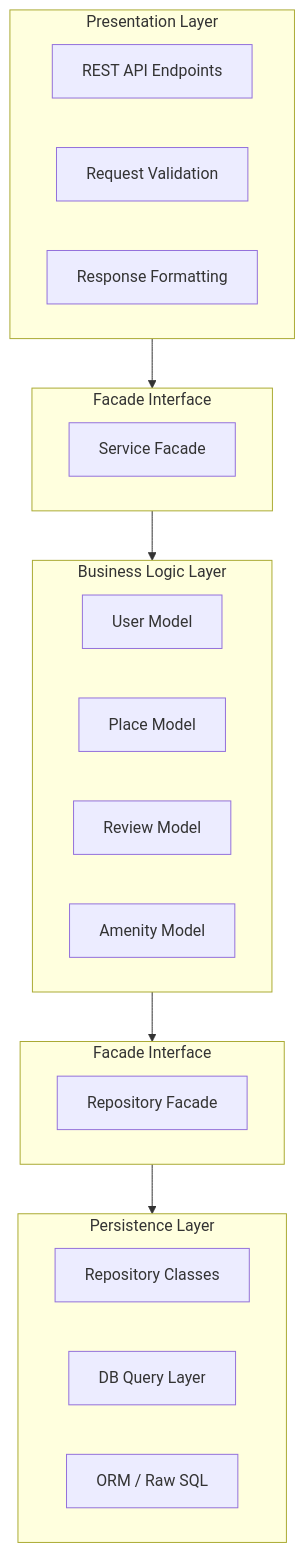
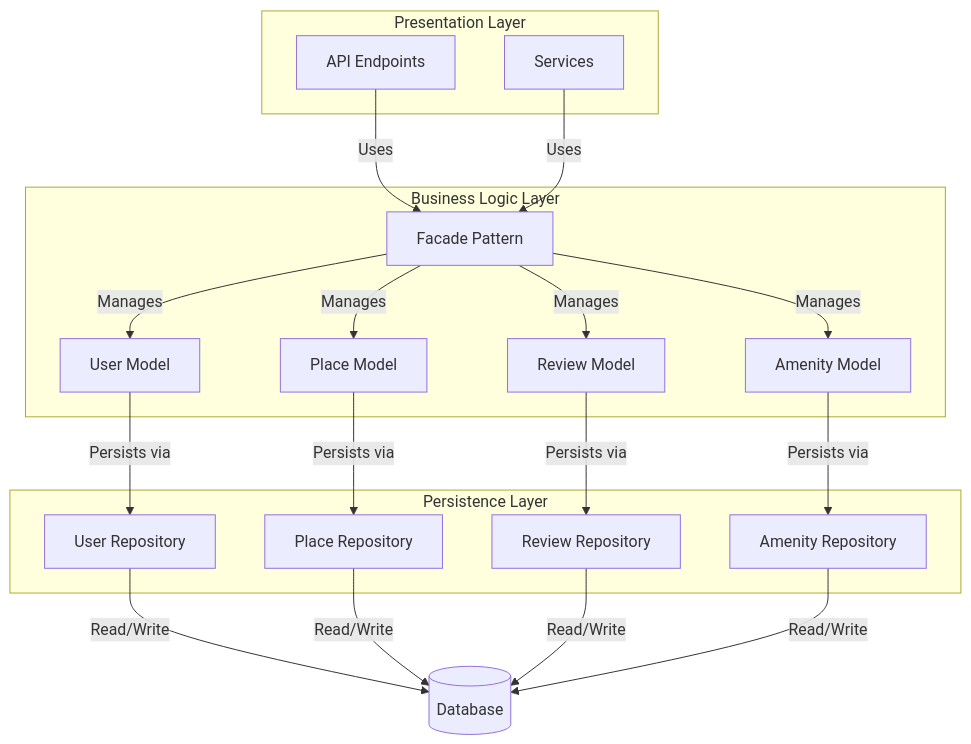
The first of 6 diagrams in part1/README.md (Banu-ie/holbertonschool-hbnb), drawn with Mermaid before and after one commit.

Commit message:
Add README.md file

````diff
--- a/part1/README.md
+++ b/part1/README.md
@@ -48,34 +48,37 @@
 ```mermaid
 flowchart TD
     subgraph Presentation["Presentation Layer"]
-        A1[REST API Endpoints]
-        A2[Request Validation]
-        A3[Response Formatting]
-    end
-
-    subgraph Facade1["Facade Interface"]
-        F1[Service Facade]
+        A1[API Endpoints]
+        A2[Services]
     end
 
     subgraph BLL["Business Logic Layer"]
-        B1[User Model]
-        B2[Place Model]
-        B3[Review Model]
-        B4[Amenity Model]
-    end
-
-    subgraph Facade2["Facade Interface"]
-        F2[Repository Facade]
+        F[Facade Pattern]
+        F -->|Manages| B1[User Model]
+        F -->|Manages| B2[Place Model]
+        F -->|Manages| B3[Review Model]
+        F -->|Manages| B4[Amenity Model]
     end
 
     subgraph Persistence["Persistence Layer"]
-        C1[Repository Classes]
-        C2[DB Query Layer]
-        C3[ORM / Raw SQL]
+        C1[User Repository]
+        C2[Place Repository]
+        C3[Review Repository]
+        C4[Amenity Repository]
     end
 
-    Presentation --> Facade1
-    Facade1 --> BLL
-    BLL --> Facade2
-    Facade2 --> Persistence
+    DB[(Database)]
+
+    A1 -->|Uses| F
+    A2 -->|Uses| F
+
+    B1 -->|Persists via| C1
+    B2 -->|Persists via| C2
+    B3 -->|Persists via| C3
+    B4 -->|Persists via| C4
+
+    C1 -->|Read/Write| DB
+    C2 -->|Read/Write| DB
+    C3 -->|Read/Write| DB
+    C4 -->|Read/Write| DB
 ```
````
